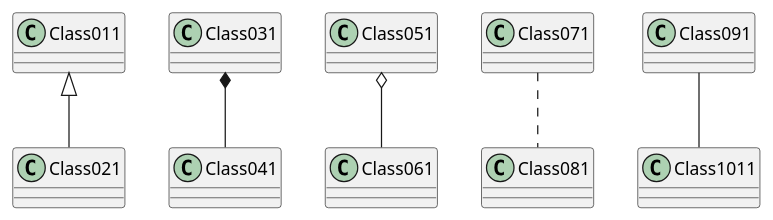
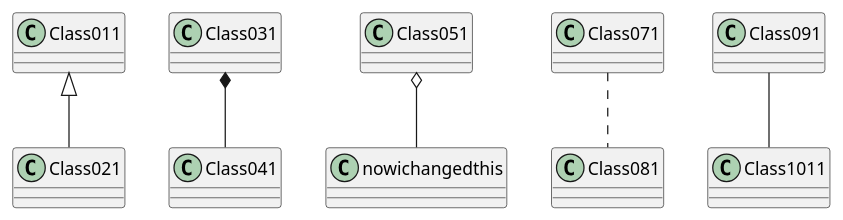
The diagram in meilenstein_03/sub/pumltest2.puml (weichware10/meilensteine), drawn with PlantUML before and after one commit.

Commit message:
this should be fine :=)

```diff
--- a/meilenstein_03/sub/pumltest2.puml
+++ b/meilenstein_03/sub/pumltest2.puml
@@ -1,7 +1,7 @@
 @startuml test
 Class011 <|-- Class021
 Class031 *-- Class041
-Class051 o-- Class061
+Class051 o-- nowichangedthis
 Class071 .. Class081
 Class091 -- Class1011
 @enduml
```
